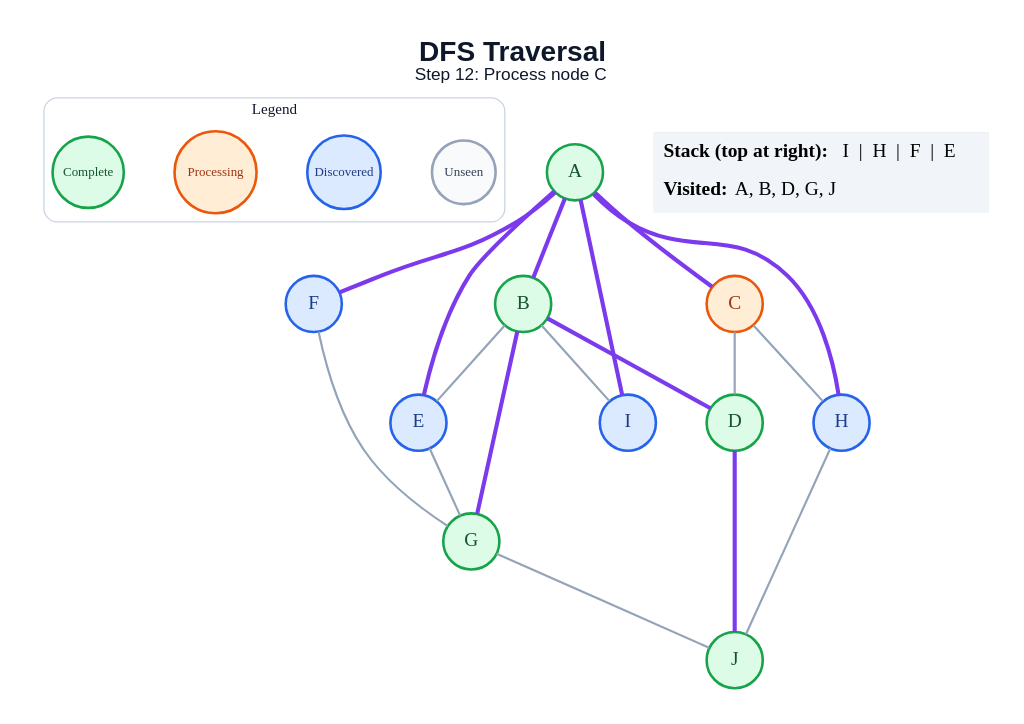
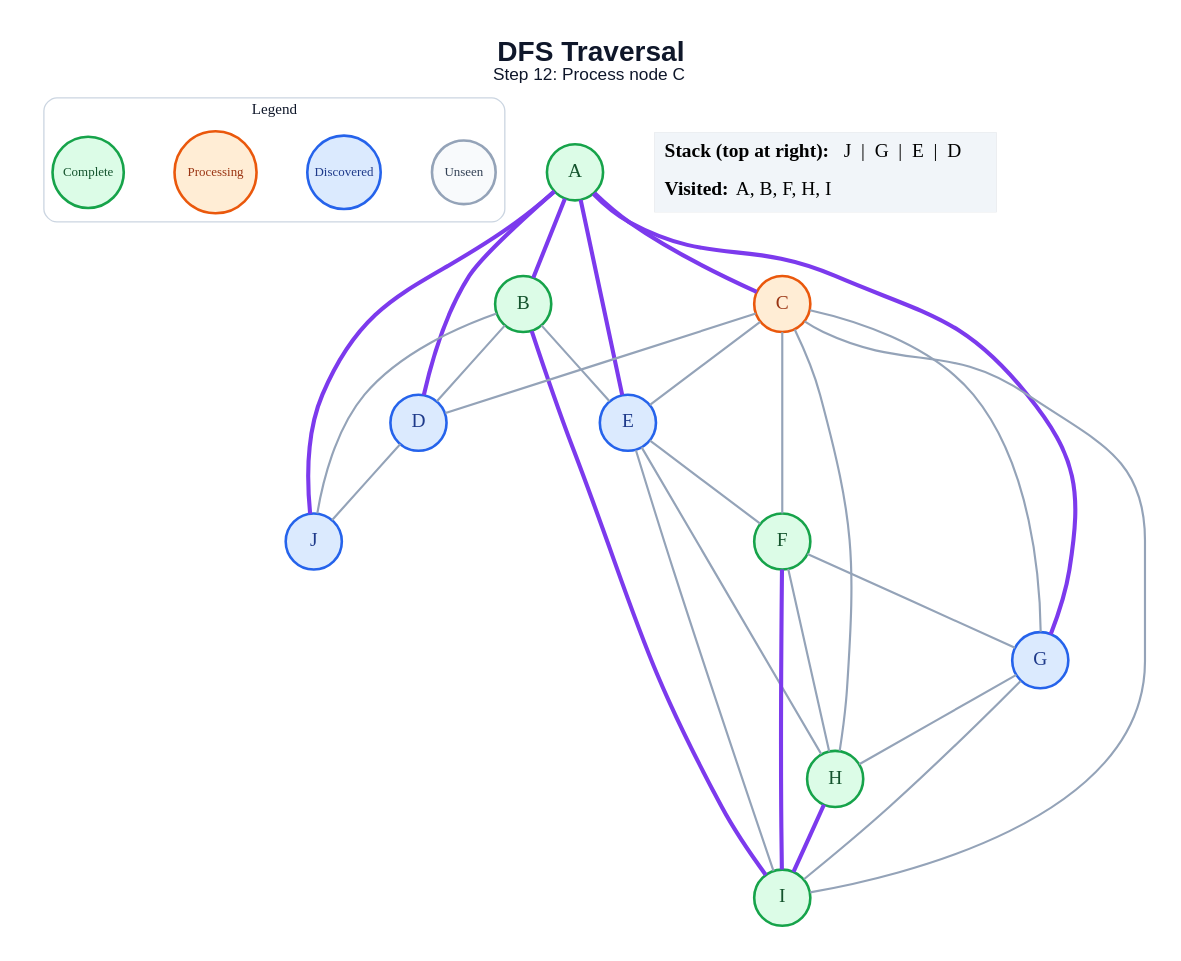
Before and after one commit to amanghodawala9/ai-slop: the diagram in generated/dfs/step_12.dot, drawn with Graphviz. The commit also changed 178 other files, not shown here.

```diff
--- a/generated/dfs/step_12.dot
+++ b/generated/dfs/step_12.dot
@@ -1,46 +1,55 @@
 graph traversal {
   graph [layout=dot, rankdir=TB, bgcolor="#FFFFFF", pad="0.35", nodesep="0.65", ranksep="0.8", fontname="Arial"];
   node [shape=circle, style="filled", fontname="Arial Bold", fontsize=18, width=0.72, fixedsize=true, penwidth=2.4];
   edge [color="#94A3B8", penwidth=2.0];
   label=<<B>DFS Traversal</B><BR/><FONT POINT-SIZE="16">Step 12: Process node C</FONT>>; labelloc="t"; fontsize=26; fontname="Arial"; fontcolor="#0F172A";
   subgraph cluster_legend { label="Legend"; color="#CBD5E1"; penwidth=1.2; style="rounded"; fontsize=14; fontname="Arial Bold";
     key_unseen [label="Unseen", fillcolor="#F8FAFC", color="#94A3B8", fontcolor="#334155", fontsize=12, width=0.82];
     key_frontier [label="Discovered", fillcolor="#DBEAFE", color="#2563EB", fontcolor="#1E3A8A", fontsize=12, width=0.95];
     key_current [label="Processing", fillcolor="#FFEDD5", color="#EA580C", fontcolor="#9A3412", fontsize=12, width=1.05];
     key_done [label="Complete", fillcolor="#DCFCE7", color="#16A34A", fontcolor="#14532D", fontsize=12, width=0.92];
     { rank=same; key_unseen; key_frontier; key_current; key_done; }
   }
   A [fillcolor="#DCFCE7", color="#16A34A", fontcolor="#14532D"];
   B [fillcolor="#DCFCE7", color="#16A34A", fontcolor="#14532D"];
   C [fillcolor="#FFEDD5", color="#EA580C", fontcolor="#9A3412"];
-  D [fillcolor="#DCFCE7", color="#16A34A", fontcolor="#14532D"];
+  D [fillcolor="#DBEAFE", color="#2563EB", fontcolor="#1E3A8A"];
   E [fillcolor="#DBEAFE", color="#2563EB", fontcolor="#1E3A8A"];
-  F [fillcolor="#DBEAFE", color="#2563EB", fontcolor="#1E3A8A"];
-  G [fillcolor="#DCFCE7", color="#16A34A", fontcolor="#14532D"];
-  H [fillcolor="#DBEAFE", color="#2563EB", fontcolor="#1E3A8A"];
-  I [fillcolor="#DBEAFE", color="#2563EB", fontcolor="#1E3A8A"];
-  J [fillcolor="#DCFCE7", color="#16A34A", fontcolor="#14532D"];
+  F [fillcolor="#DCFCE7", color="#16A34A", fontcolor="#14532D"];
+  G [fillcolor="#DBEAFE", color="#2563EB", fontcolor="#1E3A8A"];
+  H [fillcolor="#DCFCE7", color="#16A34A", fontcolor="#14532D"];
+  I [fillcolor="#DCFCE7", color="#16A34A", fontcolor="#14532D"];
+  J [fillcolor="#DBEAFE", color="#2563EB", fontcolor="#1E3A8A"];
   A -- B [color="#7C3AED", penwidth=3.8];
   A -- C [color="#7C3AED", penwidth=3.8];
+  A -- D [color="#7C3AED", penwidth=3.8];
   A -- E [color="#7C3AED", penwidth=3.8];
-  A -- F [color="#7C3AED", penwidth=3.8];
-  A -- H [color="#7C3AED", penwidth=3.8];
-  A -- I [color="#7C3AED", penwidth=3.8];
-  B -- D [color="#7C3AED", penwidth=3.8];
+  A -- G [color="#7C3AED", penwidth=3.8];
+  A -- J [color="#7C3AED", penwidth=3.8];
+  B -- D;
   B -- E;
-  B -- G [color="#7C3AED", penwidth=3.8];
-  B -- I;
+  B -- I [color="#7C3AED", penwidth=3.8];
+  B -- J;
   C -- D;
+  C -- E;
+  C -- F;
+  C -- G;
   C -- H;
-  D -- J [color="#7C3AED", penwidth=3.8];
-  E -- G;
+  C -- I;
+  D -- J;
+  E -- F;
+  E -- H;
+  E -- I;
   F -- G;
-  G -- J;
-  H -- J;
+  F -- H;
+  F -- I [color="#7C3AED", penwidth=3.8];
+  G -- H;
+  G -- I;
+  H -- I [color="#7C3AED", penwidth=3.8];
   status [shape=plain, fixedsize=false, width=0, height=0, margin=0, label=<
     <TABLE BORDER="0" CELLBORDER="0" CELLPADDING="7" BGCOLOR="#F1F5F9">
-      <TR><TD ALIGN="LEFT"><B>Stack (top at right):</B> I  |  H  |  F  |  E</TD></TR>
-      <TR><TD ALIGN="LEFT"><B>Visited:</B> A, B, D, G, J</TD></TR>
+      <TR><TD ALIGN="LEFT"><B>Stack (top at right):</B> J  |  G  |  E  |  D</TD></TR>
+      <TR><TD ALIGN="LEFT"><B>Visited:</B> A, B, F, H, I</TD></TR>
     </TABLE>
   >];
 }
```
